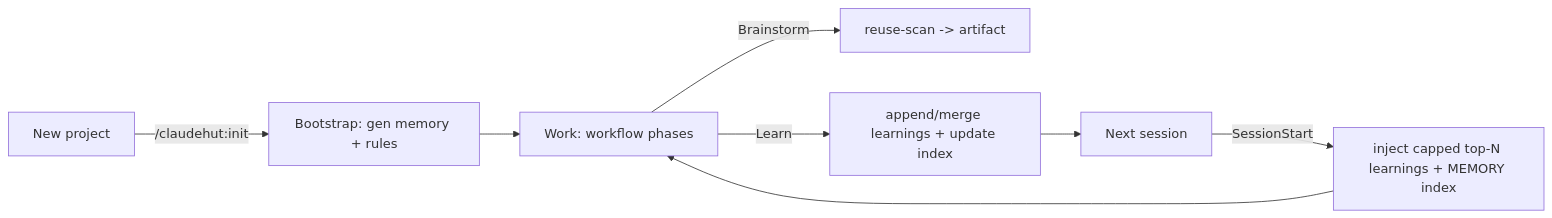
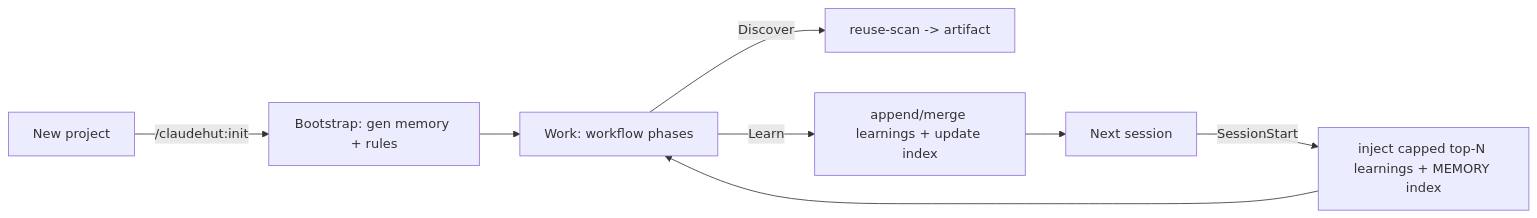
One commit to taipt1504/claudehut changed the fifth of 5 diagrams in .claude/docs/design/07-memory-architecture.md. Above: the diagram before and after it, drawn with Mermaid. The commit also changed other lines of this file and 32 other files, not shown here.

````diff
--- a/.claude/docs/design/07-memory-architecture.md
+++ b/.claude/docs/design/07-memory-architecture.md
@@ -295,10 +295,10 @@
 ```mermaid
 flowchart LR
     NEW[New project] -->|/claudehut:init| BOOT[Bootstrap: gen memory + rules]
     BOOT --> WORK[Work: workflow phases]
-    WORK -->|Brainstorm| SCAN[reuse-scan -> artifact]
+    WORK -->|Discover| SCAN[reuse-scan -> artifact]
     WORK -->|Learn| WRITE[append/merge learnings + update index]
     WRITE --> NEXT[Next session]
     NEXT -->|SessionStart| INJECT["inject capped top-N learnings + MEMORY index"]
     INJECT --> WORK
 ```
````
